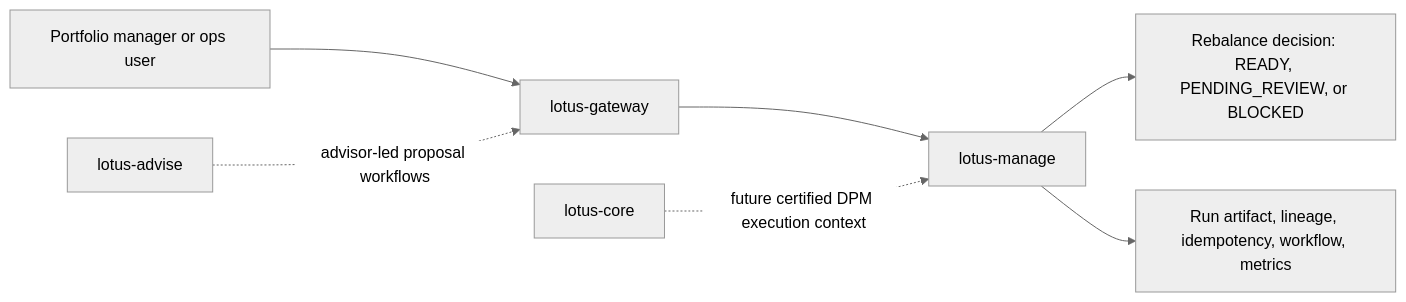
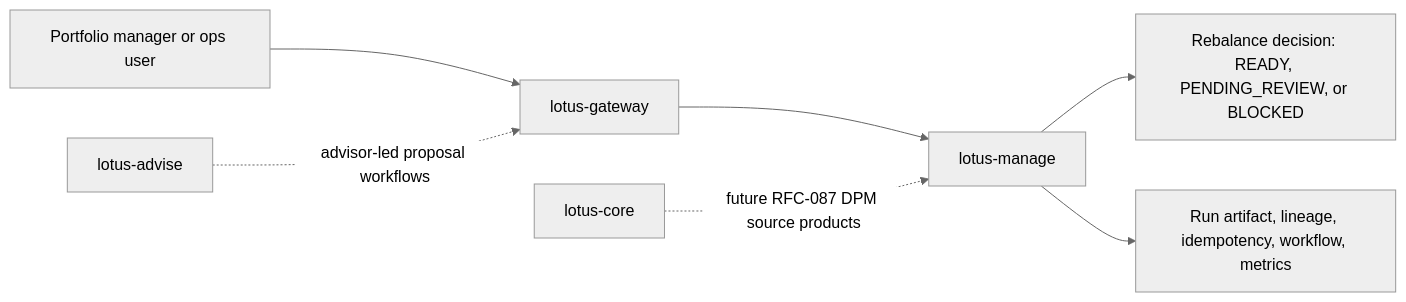
Before and after one commit to sgajbi/lotus-manage: the diagram in wiki/Overview.md, drawn with Mermaid (neutral theme). The commit also changed other lines of this file and 9 other files, not shown here.

Commit message:
Rebaseline manage stateful sourcing to RFC087

````diff
--- a/wiki/Overview.md
+++ b/wiki/Overview.md
@@ -40,9 +40,9 @@
 ```mermaid
 flowchart LR
     PM[Portfolio manager or ops user] --> Gateway[lotus-gateway]
     Gateway --> Manage[lotus-manage]
     Manage --> Decision[Rebalance decision: READY, PENDING_REVIEW, or BLOCKED]
     Manage --> Evidence[Run artifact, lineage, idempotency, workflow, metrics]
-    Core[lotus-core] -. future certified DPM execution context .-> Manage
+    Core[lotus-core] -. future RFC-087 DPM source products .-> Manage
     Advise[lotus-advise] -. advisor-led proposal workflows .-> Gateway
 ```
````
